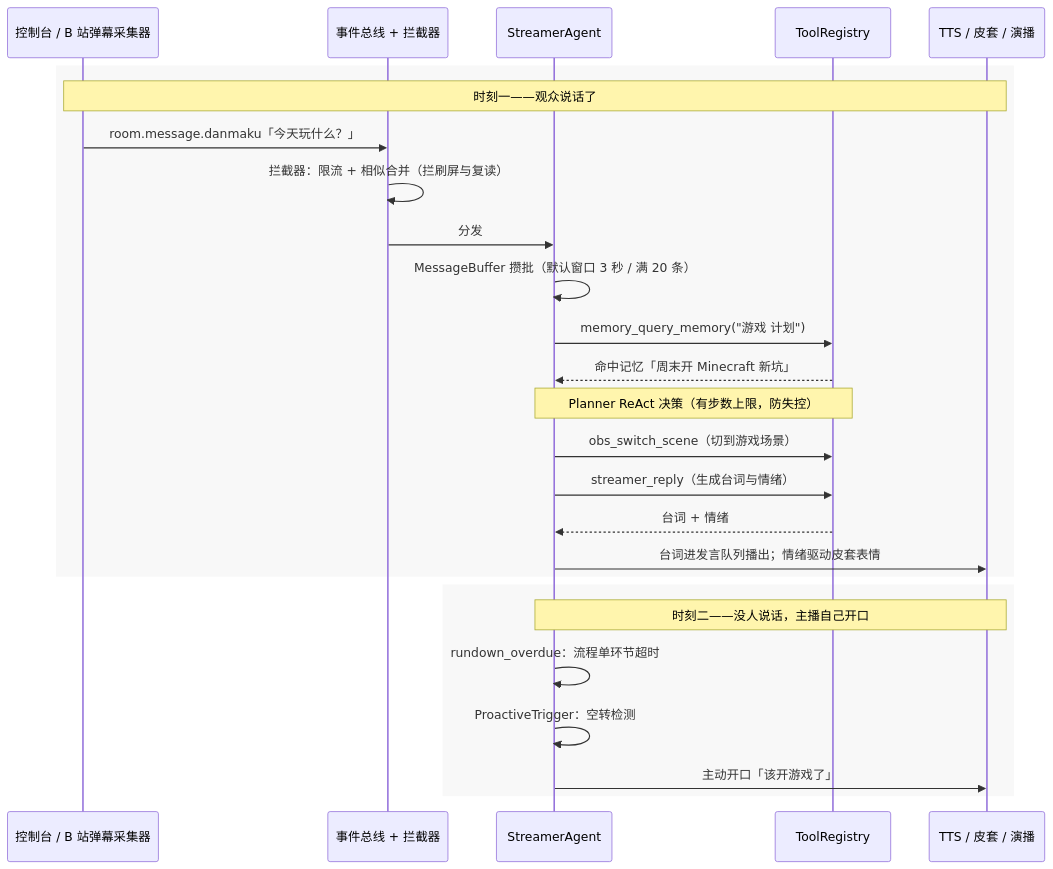
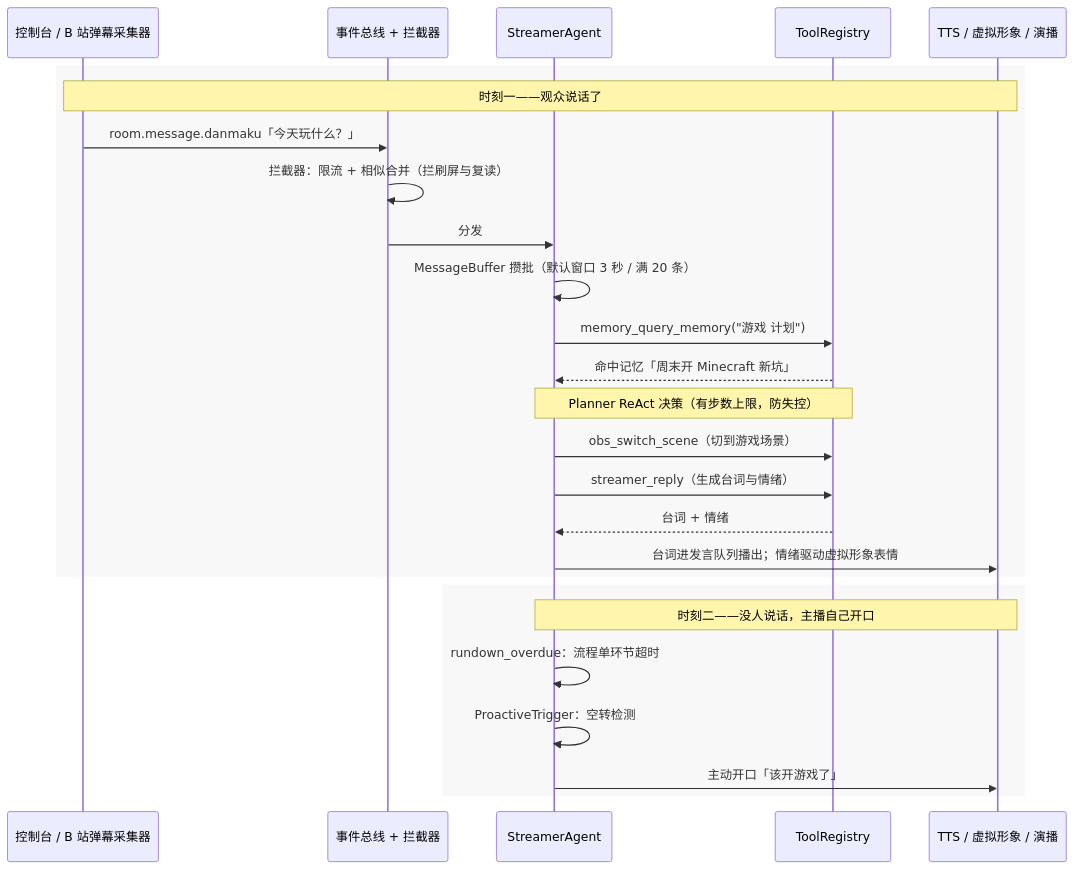
One commit to Mai-with-u/Amaidesu changed the first of 2 diagrams in README.md. Above: the diagram before and after it, drawn with Mermaid. The commit also changed other lines of this file and 33 other files, not shown here.

````diff
--- a/README.md
+++ b/README.md
@@ -45,29 +45,29 @@
 ```mermaid
 sequenceDiagram
     participant 输入 as 控制台 / B 站弹幕采集器
     participant 总线 as 事件总线 + 拦截器
     participant 主播 as StreamerAgent
     participant 工具 as ToolRegistry
-    participant 出口 as TTS / 皮套 / 演播
+    participant 出口 as TTS / 虚拟形象 / 演播
 
     rect rgb(248, 248, 248)
     Note over 输入,出口: 时刻一——观众说话了
     输入->>总线: room.message.danmaku「今天玩什么？」
     总线->>总线: 拦截器：限流 + 相似合并（拦刷屏与复读）
     总线->>主播: 分发
     主播->>主播: MessageBuffer 攒批（默认窗口 3 秒 / 满 20 条）
     主播->>工具: memory_query_memory("游戏 计划")
     工具-->>主播: 命中记忆「周末开 Minecraft 新坑」
     Note over 主播,工具: Planner ReAct 决策（有步数上限，防失控）
     主播->>工具: obs_switch_scene（切到游戏场景）
     主播->>工具: streamer_reply（生成台词与情绪）
     工具-->>主播: 台词 + 情绪
-    主播->>出口: 台词进发言队列播出；情绪驱动皮套表情
+    主播->>出口: 台词进发言队列播出；情绪驱动虚拟形象表情
     end
     rect rgb(248, 248, 248)
     Note over 主播,出口: 时刻二——没人说话，主播自己开口
     主播->>主播: rundown_overdue：流程单环节超时
     主播->>主播: ProactiveTrigger：空转检测
     主播->>出口: 主动开口「该开游戏了」
     end
 ```
````
